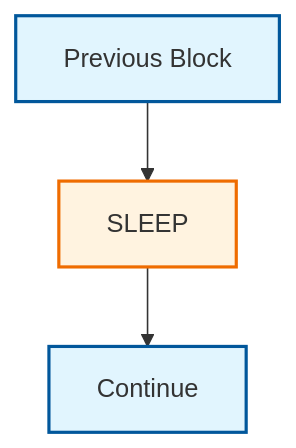
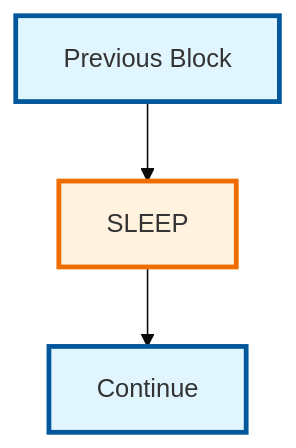
Before and after one commit to bastelbude1/Tasker: the fourth of 7 diagrams in TaskER_FlowChart.md, drawn with Mermaid. The commit also changed other lines of this file, not shown here.

First line of the commit message:
🎯 Split End Block into Success/Failure and improve graph visibility

````diff
--- a/TaskER_FlowChart.md
+++ b/TaskER_FlowChart.md
@@ -150,9 +153,10 @@
 ```mermaid
+%%{init: {'theme':'base', 'themeVariables': {'primaryColor':'#ffffff'}}}%%
 flowchart TD
     A[Previous Block] --> B[SLEEP]
     B --> C[Continue]
 
-    style A fill:#e1f5fe,stroke:#01579b,stroke-width:2px
-    style B fill:#fff3e0,stroke:#ef6c00,stroke-width:2px
-    style C fill:#e1f5fe,stroke:#01579b,stroke-width:2px
+    style A fill:#e1f5fe,stroke:#01579b,stroke-width:3px
+    style B fill:#fff3e0,stroke:#ef6c00,stroke-width:3px
+    style C fill:#e1f5fe,stroke:#01579b,stroke-width:3px
 ```
````
